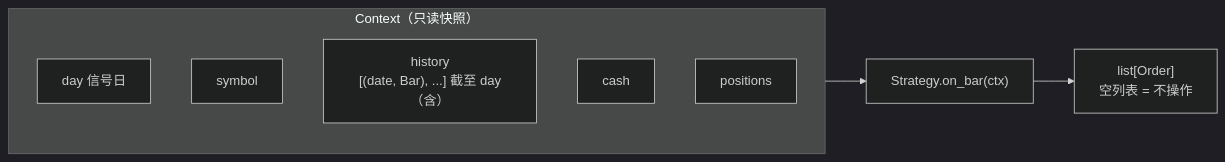
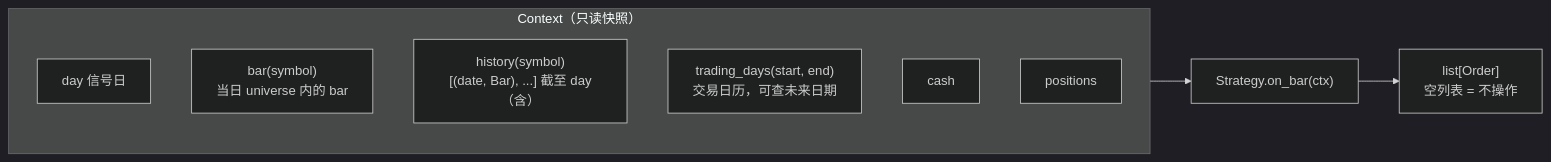
One commit to guevara12345/quant changed diagram 18 of 25 in docs/code-walkthrough.md. Above: the diagram before and after it, drawn with Mermaid (dark theme). The commit also changed other lines of this file and 33 other files, not shown here.

````diff
--- a/docs/code-walkthrough.md
+++ b/docs/code-walkthrough.md
@@ -710,12 +842,13 @@
 ```mermaid
 flowchart LR
     subgraph Context["Context（只读快照）"]
         D[day 信号日]
-        SY[symbol]
-        H["history<br/>[(date, Bar), ...] 截至 day（含）"]
+        B["bar(symbol)<br/>当日 universe 内的 bar"]
+        H["history(symbol)<br/>[(date, Bar), ...] 截至 day（含）"]
+        TD["trading_days(start, end)<br/>交易日历，可查未来日期"]
         CA[cash]
         PO[positions]
     end
     Context --> OB["Strategy.on_bar(ctx)"]
     OB --> L["list[Order]<br/>空列表 = 不操作"]
 ```
````
